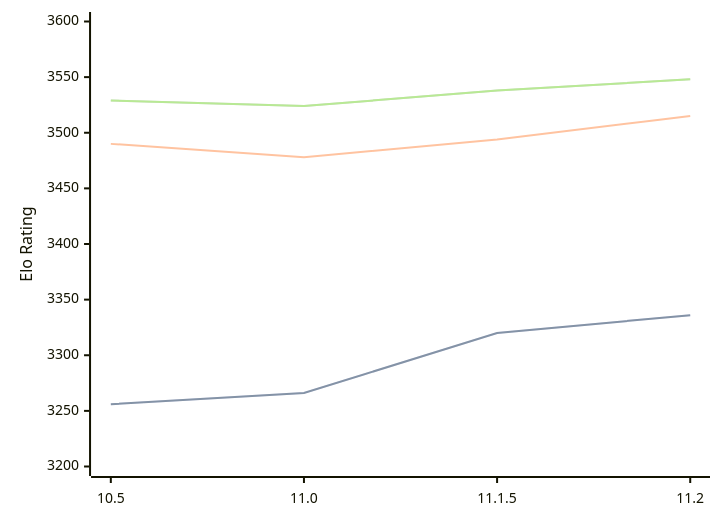
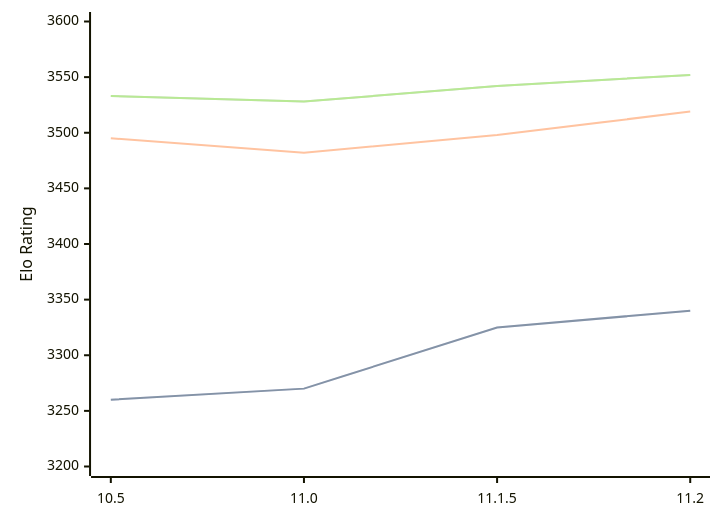
The diagram in engines/Lizard.md (computer-chess-index/cci), drawn with Mermaid before and after one commit. The commit also changed other lines of this file, not shown here.

Commit message:
Update CCI Ratings (ELO VLTC) - 2026-04-18

````diff
--- a/engines/Lizard.md
+++ b/engines/Lizard.md
@@ -46,11 +46,11 @@
 ```mermaid
 %%{init: {"theme":"base","themeVariables":{"seriesColors:['#a3a3a3','#222221','#faa371']}}}%%
 xychart-beta
   x-axis ["10.5", "11.0", "11.1.5", "11.2"]
   y-axis "Elo Rating" 3200 --> 3600
-  line "STC (8.0+0.08s)" [3256, 3266, 3320, 3336]
-  line "STC (8.0+0.08s)" [3256, 3266, 3320, 3336]
-  line "LTC (60.0+0.60s)" [3490, 3478, 3494, 3515]
-  line "VLTC (2m24s+1.12s)" [3529, 3524, 3538, 3548]
-  line "VLTC (2m24s+1.12s)" [3529, 3524, 3538, 3548]
+  line "STC (8.0+0.08s)" [3260, 3270, 3325, 3340]
+  line "STC (8.0+0.08s)" [3260, 3270, 3325, 3340]
+  line "LTC (60.0+0.60s)" [3495, 3482, 3498, 3519]
+  line "VLTC (2m24s+1.12s)" [3533, 3528, 3542, 3552]
+  line "VLTC (2m24s+1.12s)" [3533, 3528, 3542, 3552]
 ```
````
